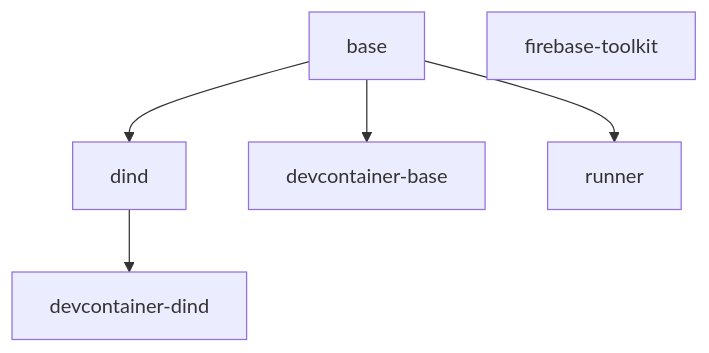
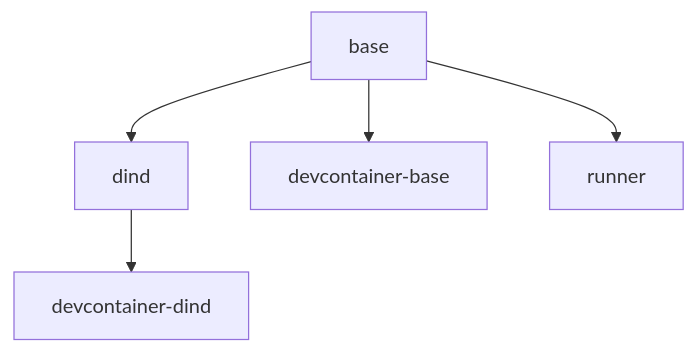
The diagram in README.md (onezerocompany/devcontainers), drawn with Mermaid before and after one commit. The commit also changed other lines of this file, not shown here.

````diff
--- a/README.md
+++ b/README.md
@@ -450,8 +447,7 @@
 ```mermaid
 graph TD
     A[base] --> B[dind]
     A --> C[devcontainer-base]
     B --> D[devcontainer-dind]
     A --> E[runner]
-    F[firebase-toolkit]
 ```
````
